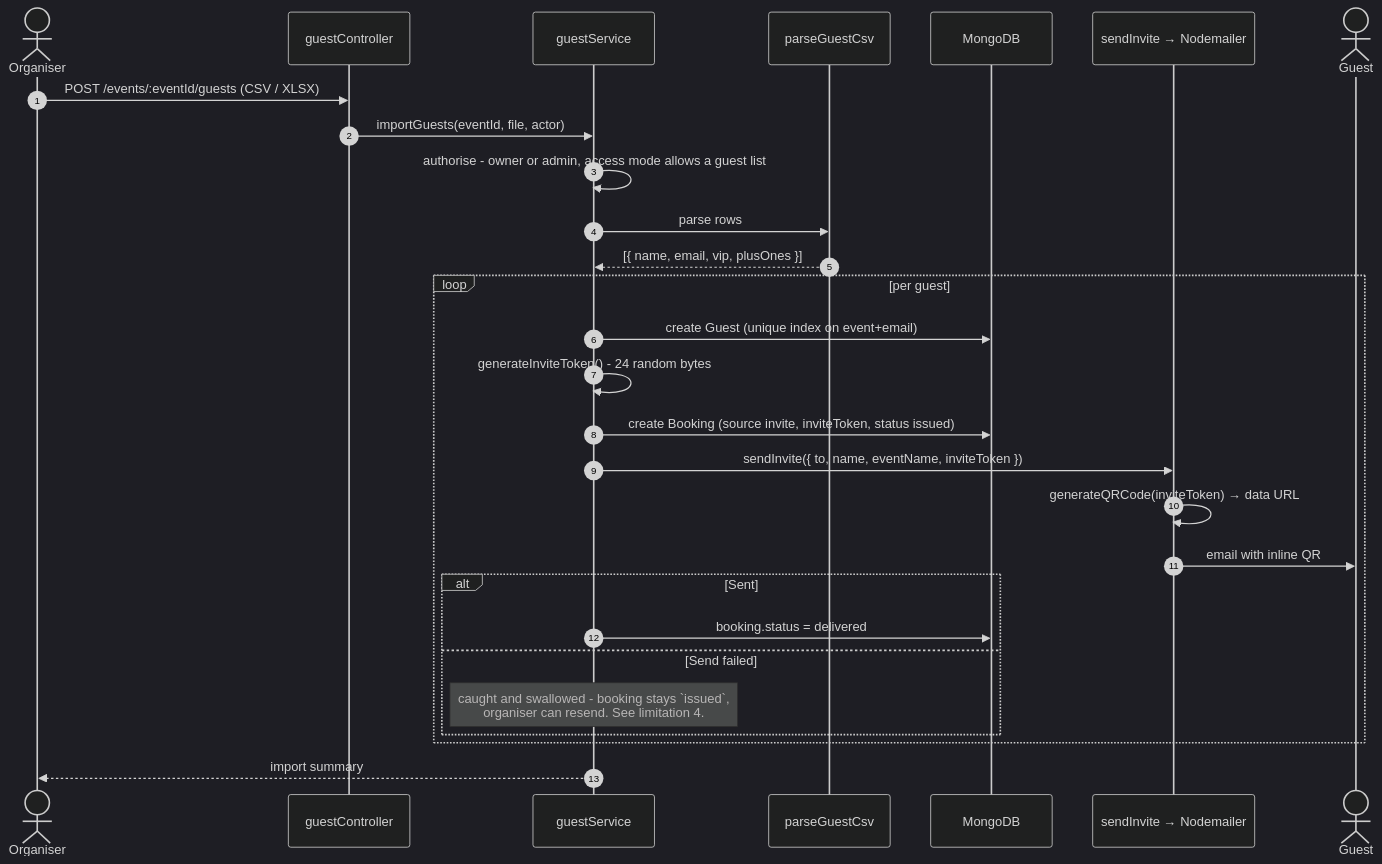
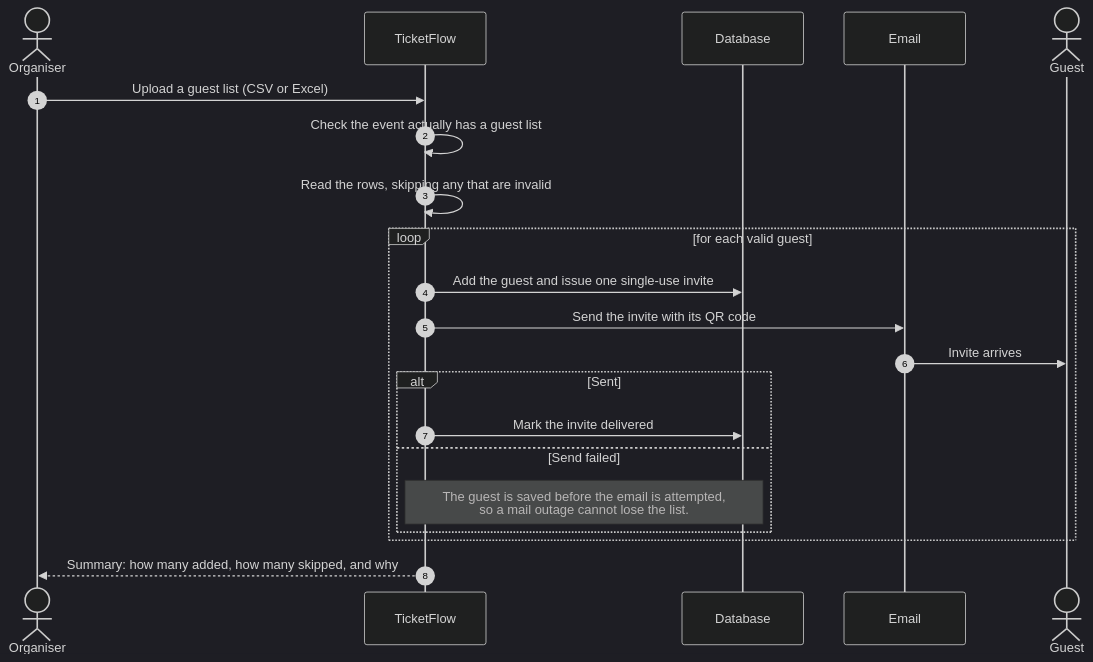
One commit to dLuxKid/ticketflow changed the fourth of 8 diagrams in docs/design-models.md. Above: the diagram before and after it, drawn with Mermaid (dark theme). The commit also changed other lines of this file and 62 other files, not shown here.

````diff
--- a/docs/design-models.md
+++ b/docs/design-models.md
@@ -174,33 +164,26 @@
 ```mermaid
 sequenceDiagram
     autonumber
     actor O as Organiser
-    participant GC as guestController
-    participant GS as guestService
-    participant P as parseGuestCsv
-    participant DB as MongoDB
-    participant M as sendInvite → Nodemailer
+    participant APP as TicketFlow
+    participant DB as Database
+    participant M as Email
     actor G as Guest
 
-    O->>GC: POST /events/:eventId/guests (CSV / XLSX)
-    GC->>GS: importGuests(eventId, file, actor)
-    GS->>GS: authorise - owner or admin, access mode allows a guest list
-    GS->>P: parse rows
-    P-->>GS: [{ name, email, vip, plusOnes }]
+    O->>APP: Upload a guest list (CSV or Excel)
+    APP->>APP: Check the event actually has a guest list
+    APP->>APP: Read the rows, skipping any that are invalid
 
-    loop per guest
-        GS->>DB: create Guest (unique index on event+email)
-        GS->>GS: generateInviteToken() - 24 random bytes
-        GS->>DB: create Booking (source invite, inviteToken, status issued)
-        GS->>M: sendInvite({ to, name, eventName, inviteToken })
-        M->>M: generateQRCode(inviteToken) → data URL
-        M->>G: email with inline QR
+    loop for each valid guest
+        APP->>DB: Add the guest and issue one single-use invite
+        APP->>M: Send the invite with its QR code
+        M->>G: Invite arrives
         alt Sent
-            GS->>DB: booking.status = delivered
+            APP->>DB: Mark the invite delivered
         else Send failed
-            note over GS: caught and swallowed - booking stays `issued`,<br/>organiser can resend. See limitation 4.
+            note over APP,DB: The guest is saved before the email is attempted,<br/>so a mail outage cannot lose the list.
         end
     end
 
-    GS-->>O: import summary
+    APP-->>O: Summary: how many added, how many skipped, and why
 ```
````
